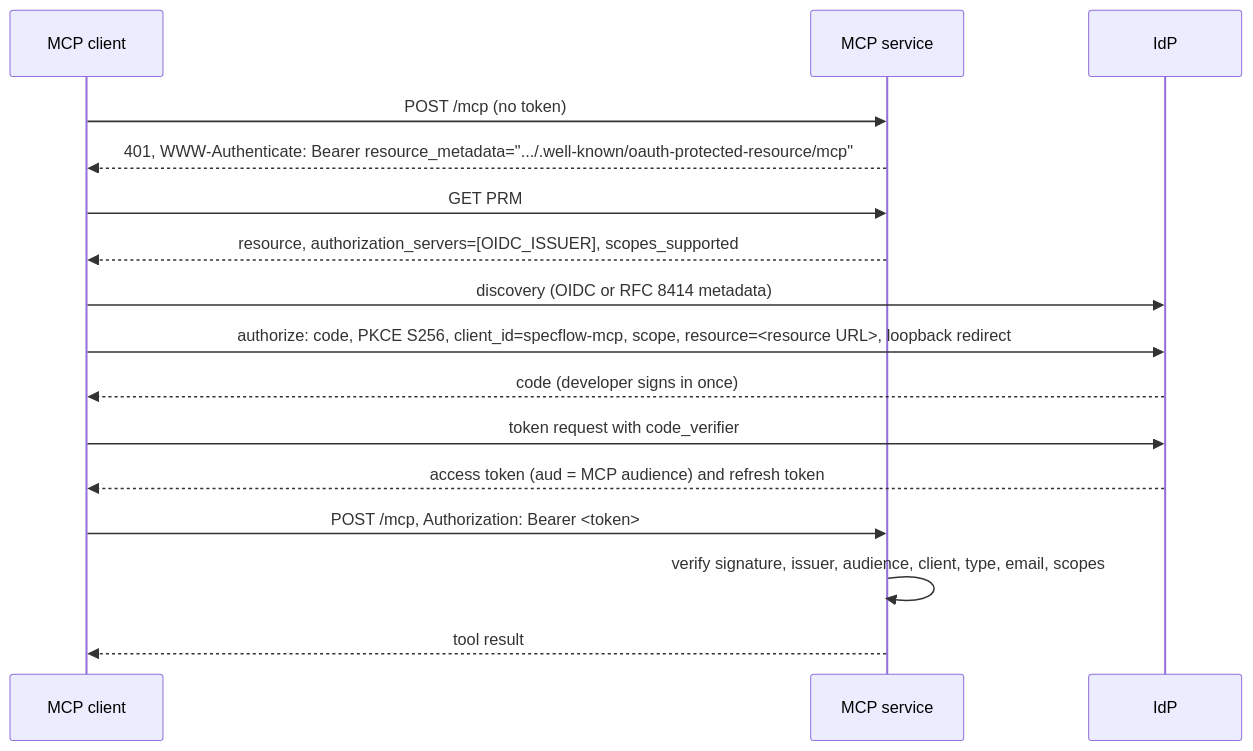
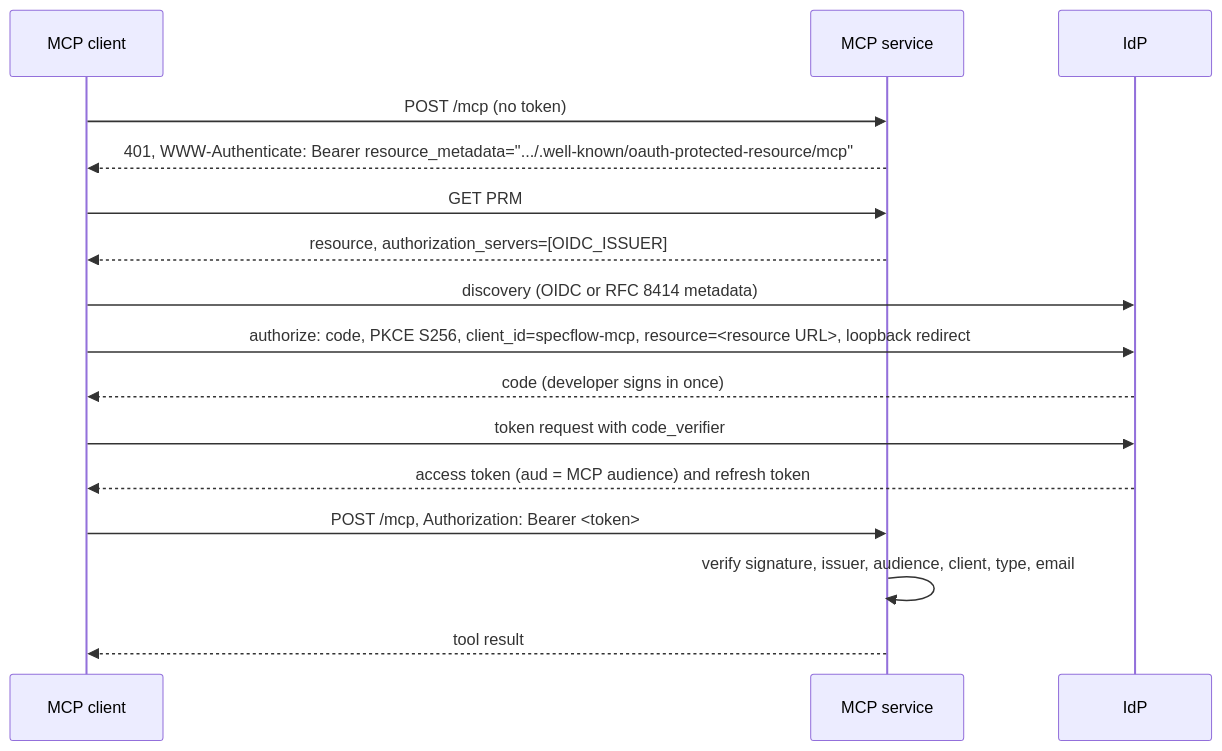
One commit to griddynamics/specflow changed the diagram in docs/mcp-server/auth.md. Above: the diagram before and after it, drawn with Mermaid. The commit also changed other lines of this file and 14 other files, not shown here.

First line of the commit message:
docs(mcp): no scopes; audience and membership decide access

````diff
--- a/docs/mcp-server/auth.md
+++ b/docs/mcp-server/auth.md
@@ -27,18 +27,18 @@
 ```mermaid
 sequenceDiagram
     participant C as MCP client
     participant M as MCP service
     participant I as IdP
     C->>M: POST /mcp (no token)
     M-->>C: 401, WWW-Authenticate: Bearer resource_metadata=".../.well-known/oauth-protected-resource/mcp"
     C->>M: GET PRM
-    M-->>C: resource, authorization_servers=[OIDC_ISSUER], scopes_supported
+    M-->>C: resource, authorization_servers=[OIDC_ISSUER]
     C->>I: discovery (OIDC or RFC 8414 metadata)
-    C->>I: authorize: code, PKCE S256, client_id=specflow-mcp, scope, resource=<resource URL>, loopback redirect
+    C->>I: authorize: code, PKCE S256, client_id=specflow-mcp, resource=<resource URL>, loopback redirect
     I-->>C: code (developer signs in once)
     C->>I: token request with code_verifier
     I-->>C: access token (aud = MCP audience) and refresh token
     C->>M: POST /mcp, Authorization: Bearer <token>
-    M->>M: verify signature, issuer, audience, client, type, email, scopes
+    M->>M: verify signature, issuer, audience, client, type, email
     M-->>C: tool result
 ```
````
